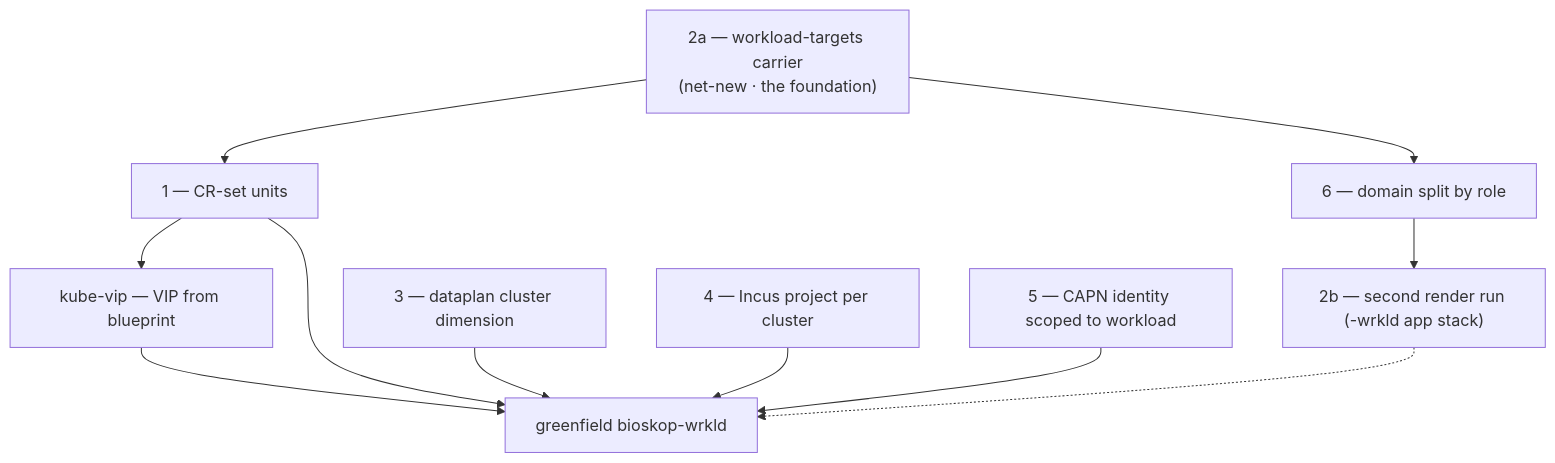
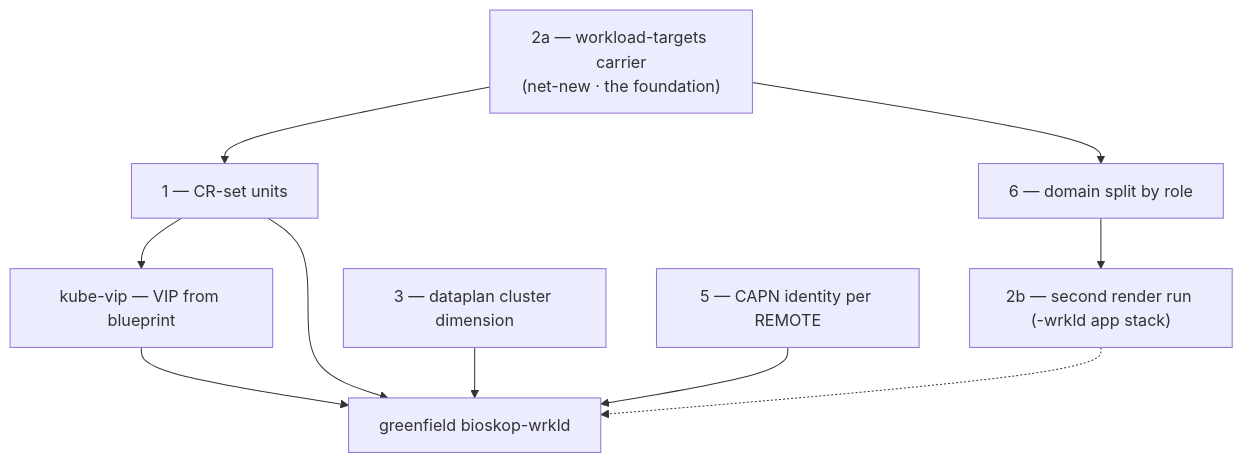
The diagram in .claude/workload-grow-foundations-plan.md (seedmatic/rke2lab), drawn with Mermaid before and after one commit. The commit also changed other lines of this file, not shown here.

First line of the commit message:
docs(plan): 1c/1d shipped, drop foundation 4, CAPN identity per-remote

````diff
--- a/.claude/workload-grow-foundations-plan.md
+++ b/.claude/workload-grow-foundations-plan.md
@@ -30,18 +36,16 @@
 ```mermaid
 flowchart TD
   F2a["2a — workload-targets carrier<br/>(net-new · the foundation)"]
   F1["1 — CR-set units"]
   F6["6 — domain split by role"]
   F2b["2b — second render run (-wrkld app stack)"]
   KV["kube-vip — VIP from blueprint"]
   F3["3 — dataplan cluster dimension"]
-  F4["4 — Incus project per cluster"]
-  F5["5 — CAPN identity scoped to workload"]
+  F5["5 — CAPN identity per REMOTE"]
   GREEN["greenfield bioskop-wrkld"]
   F2a --> F1 --> KV --> GREEN
   F2a --> F6 --> F2b -.-> GREEN
   F1 --> GREEN
   F3 --> GREEN
-  F4 --> GREEN
   F5 --> GREEN
 ```
````
